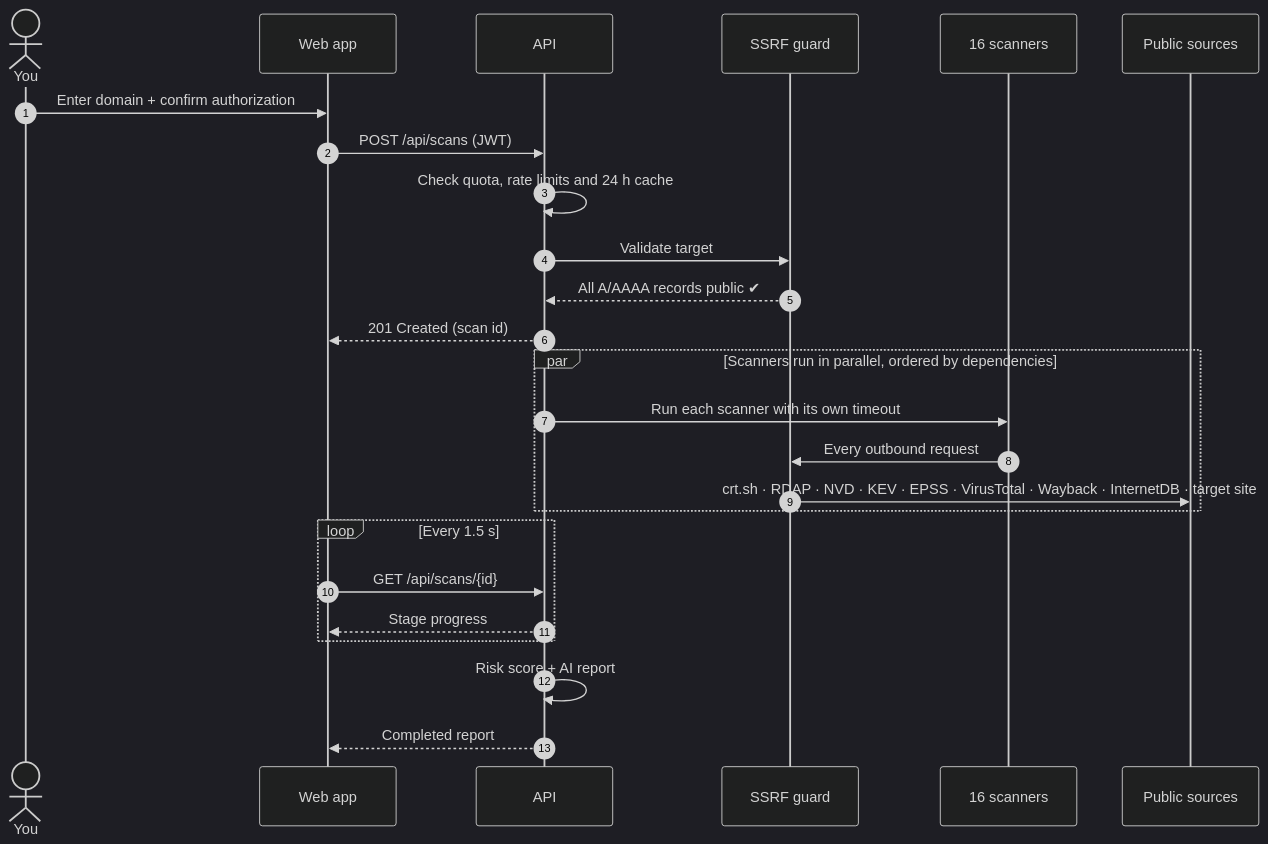
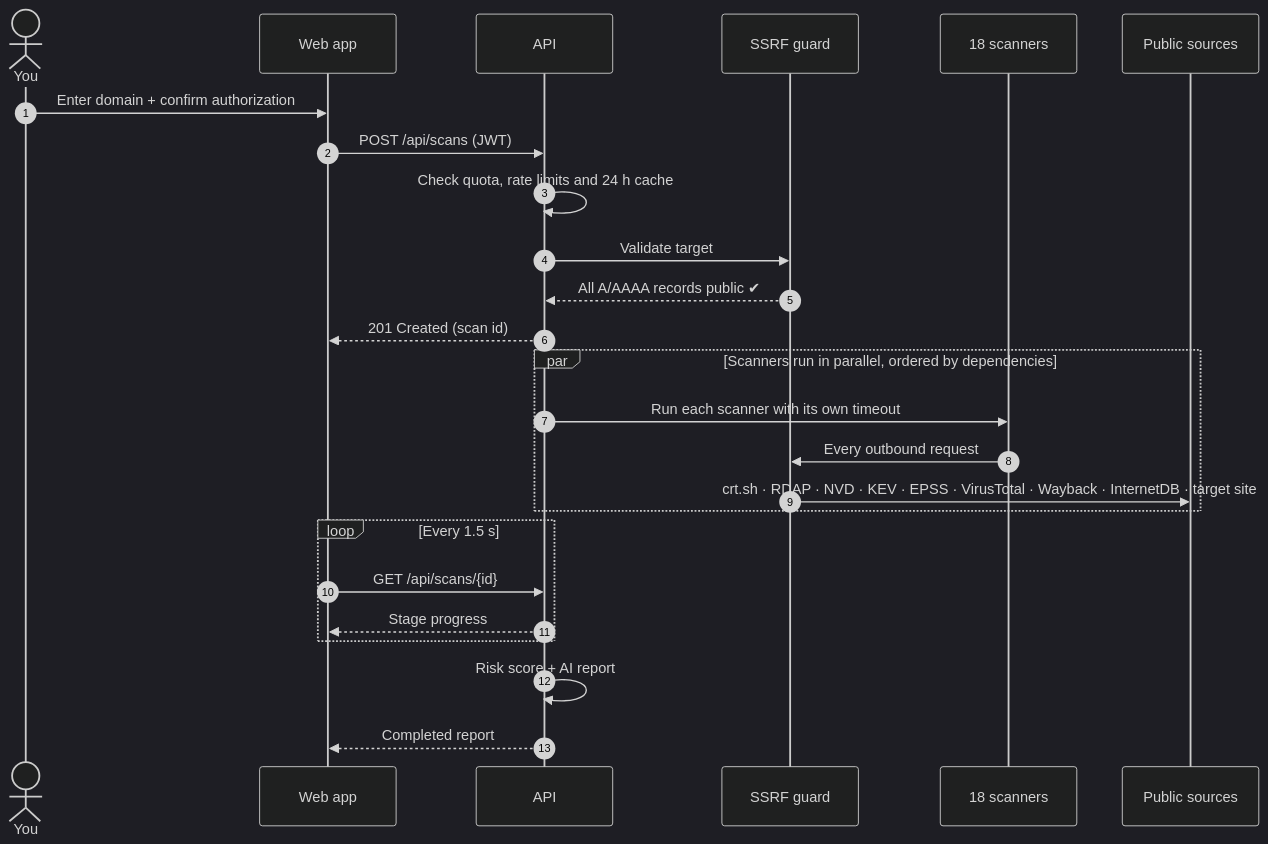
Before and after one commit to munisaidivith19-sketch/ReconLens: the first of 2 diagrams in README.md, drawn with Mermaid (dark theme). The commit also changed other lines of this file and 23 other files, not shown here.

````diff
--- a/README.md
+++ b/README.md
@@ -140,28 +144,28 @@
 ```mermaid
 sequenceDiagram
     autonumber
     actor U as You
     participant W as Web app
     participant A as API
     participant G as SSRF guard
-    participant S as 16 scanners
+    participant S as 18 scanners
     participant D as Public sources
 
     U->>W: Enter domain + confirm authorization
     W->>A: POST /api/scans (JWT)
     A->>A: Check quota, rate limits and 24 h cache
     A->>G: Validate target
     G-->>A: All A/AAAA records public ✔
     A-->>W: 201 Created (scan id)
     par Scanners run in parallel, ordered by dependencies
         A->>S: Run each scanner with its own timeout
         S->>G: Every outbound request
         G->>D: crt.sh · RDAP · NVD · KEV · EPSS · VirusTotal · Wayback · InternetDB · target site
     end
     loop Every 1.5 s
         W->>A: GET /api/scans/{id}
         A-->>W: Stage progress
     end
     A->>A: Risk score + AI report
     A-->>W: Completed report
 ```
````
